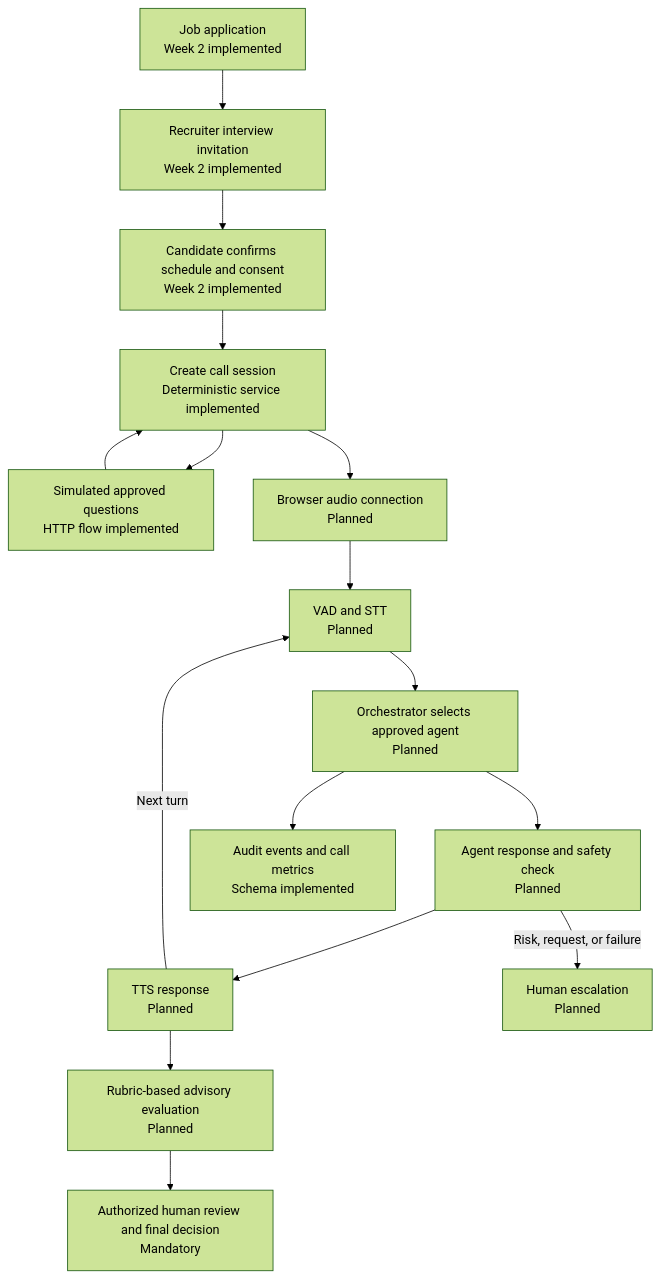
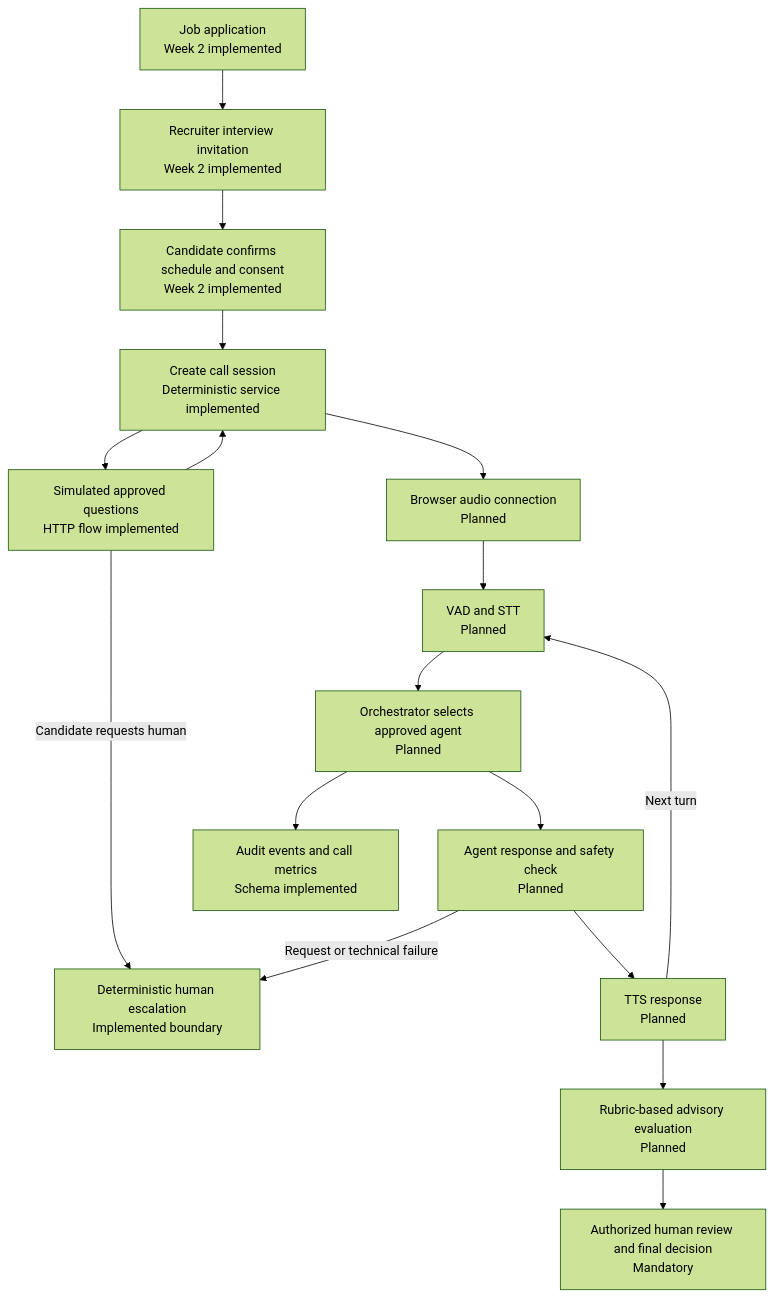
Before and after one commit to hamzadugal21/MultiAgentCaller: the second of 4 diagrams in docs/ARCHITECTURE.md, drawn with Mermaid (forest theme). The commit also changed other lines of this file and 6 other files, not shown here.

````diff
--- a/docs/ARCHITECTURE.md
+++ b/docs/ARCHITECTURE.md
@@ -80,18 +82,19 @@
 ```mermaid
 flowchart TD
     A[Job application<br/>Week 2 implemented] --> B[Recruiter interview invitation<br/>Week 2 implemented]
     B --> C[Candidate confirms schedule and consent<br/>Week 2 implemented]
     C --> D[Create call session<br/>Deterministic service implemented]
     D --> S[Simulated approved questions<br/>HTTP flow implemented]
     S --> D
+    S -->|Candidate requests human| J
     D --> E[Browser audio connection<br/>Planned]
     E --> F[VAD and STT<br/>Planned]
     F --> G[Orchestrator selects approved agent<br/>Planned]
     G --> H[Agent response and safety check<br/>Planned]
     H --> I[TTS response<br/>Planned]
     I -->|Next turn| F
-    H -->|Risk, request, or failure| J[Human escalation<br/>Planned]
+    H -->|Request or technical failure| J[Deterministic human escalation<br/>Implemented boundary]
     G --> K[Audit events and call metrics<br/>Schema implemented]
     I --> L[Rubric-based advisory evaluation<br/>Planned]
     L --> M[Authorized human review and final decision<br/>Mandatory]
 ```
````
